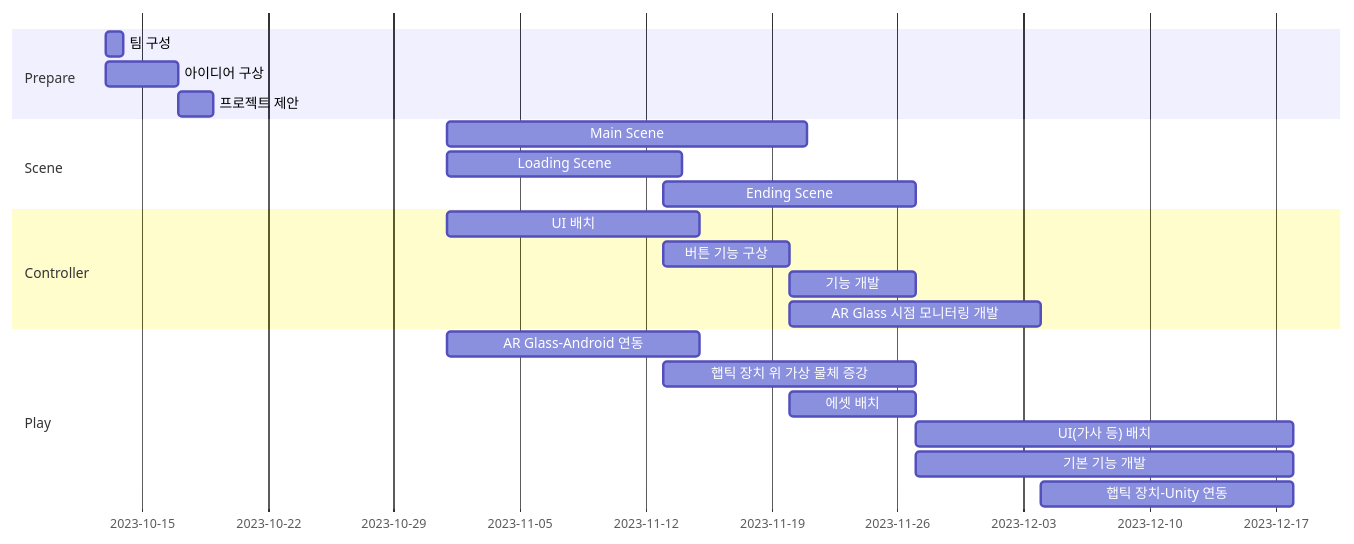
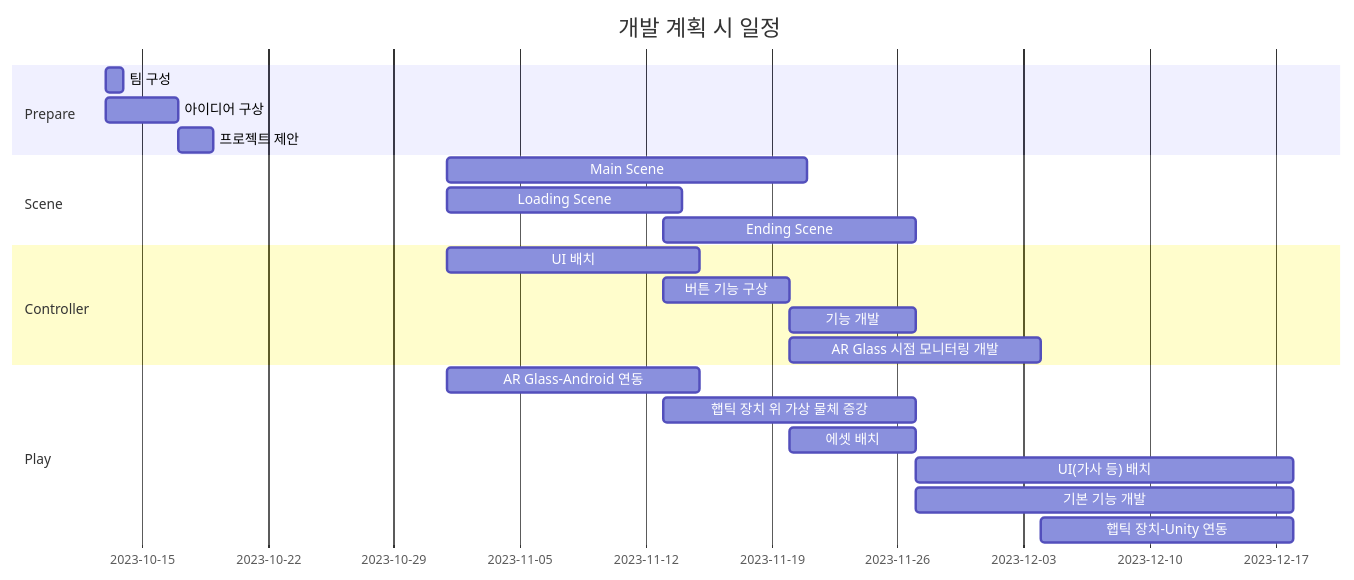
One commit to Amazing-AR-Glasses/AmazingAR changed the first of 2 diagrams in README.md. Above: the diagram before and after it, drawn with Mermaid. The commit also changed other lines of this file, not shown here.

````diff
--- a/README.md
+++ b/README.md
@@ -80,27 +80,28 @@
 ```mermaid
 gantt
+   title 개발 계획 시 일정
    dateFormat  YYYY-MM-DD
    section Prepare
    팀 구성  : 2023-10-13, 1d
    아이디어 구상 : 2023-10-13, 4d
    프로젝트 제안 : 2023-10-17, 2d
 
    section Scene
    Main Scene : 2023-11-01, 20d
    Loading Scene : 2023-11-01, 13d
    Ending Scene : 2023-11-13, 14d
 
    section Controller
    UI 배치 : 2023-11-01, 14d
    버튼 기능 구상 : 2023-11-13, 7d
    기능 개발 : 2023-11-20, 7d
    AR Glass 시점 모니터링 개발 : 2023-11-20, 14d
 
    section Play
    AR Glass-Android 연동 :  2023-11-01, 14d
    햅틱 장치 위 가상 물체 증강 : 2023-11-13, 14d
    에셋 배치 : 2023-11-20, 7d
    UI(가사 등) 배치 : 2023-11-27, 21d
    기본 기능 개발 : 2023-11-27, 21d
    햅틱 장치-Unity 연동 : 2023-12-04, 14d
 ```
````
